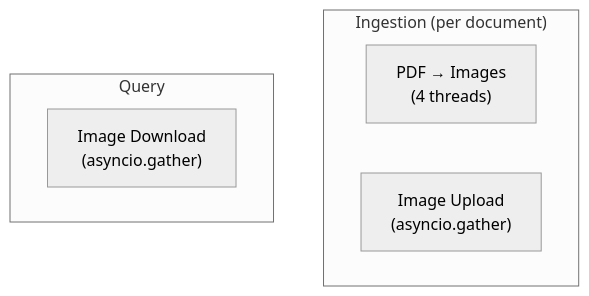
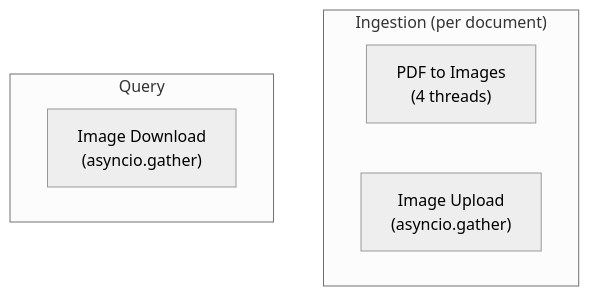
One commit to akosgintl/colpali-rag-app changed the ninth of 10 diagrams in docs/data-flow.md. Above: the diagram before and after it, drawn with Mermaid (neutral theme). The commit also changed other lines of this file and 84 other files, not shown here.

````diff
--- a/docs/data-flow.md
+++ b/docs/data-flow.md
@@ -370,13 +284,13 @@
 ```mermaid
 graph TB
     subgraph Ingestion["Ingestion (per document)"]
         direction LR
-        Convert["PDF → Images\n(4 threads)"]
+        Convert["PDF to Images\n(4 threads)"]
         Upload["Image Upload\n(asyncio.gather)"]
     end
 
     subgraph Query["Query"]
         direction LR
         Download["Image Download\n(asyncio.gather)"]
     end
 ```
````
